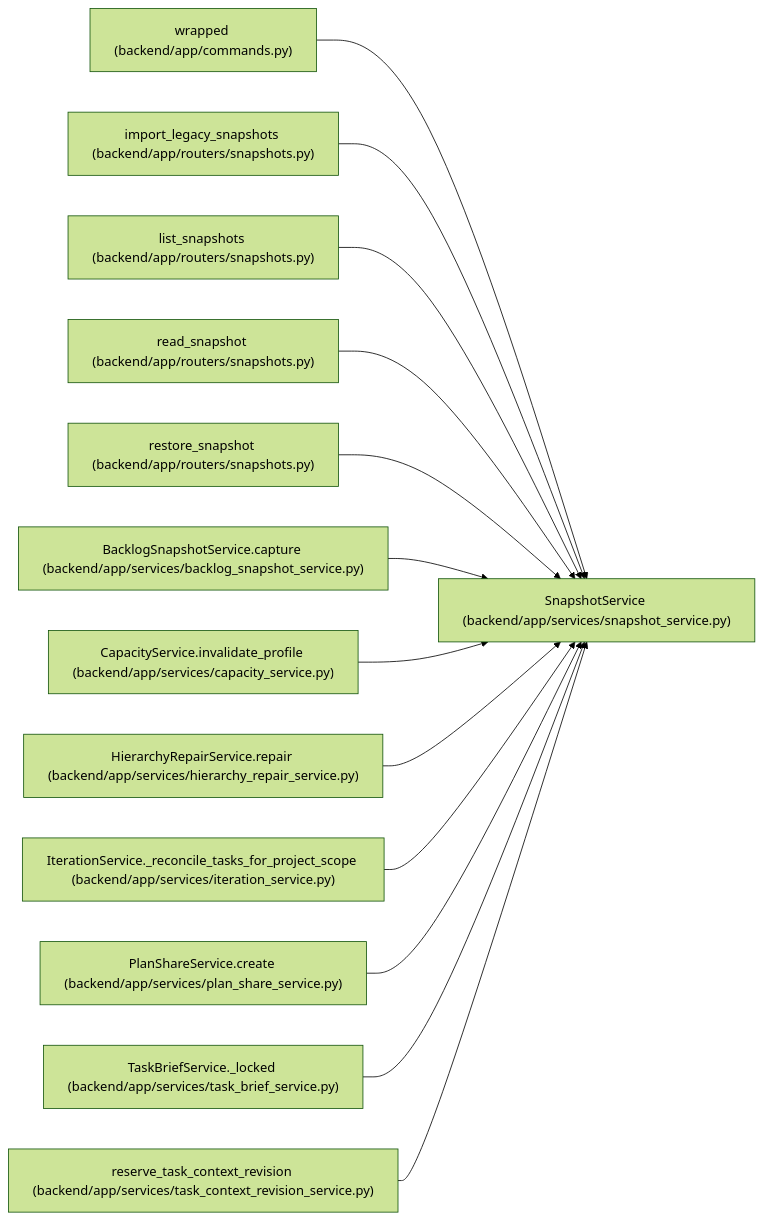
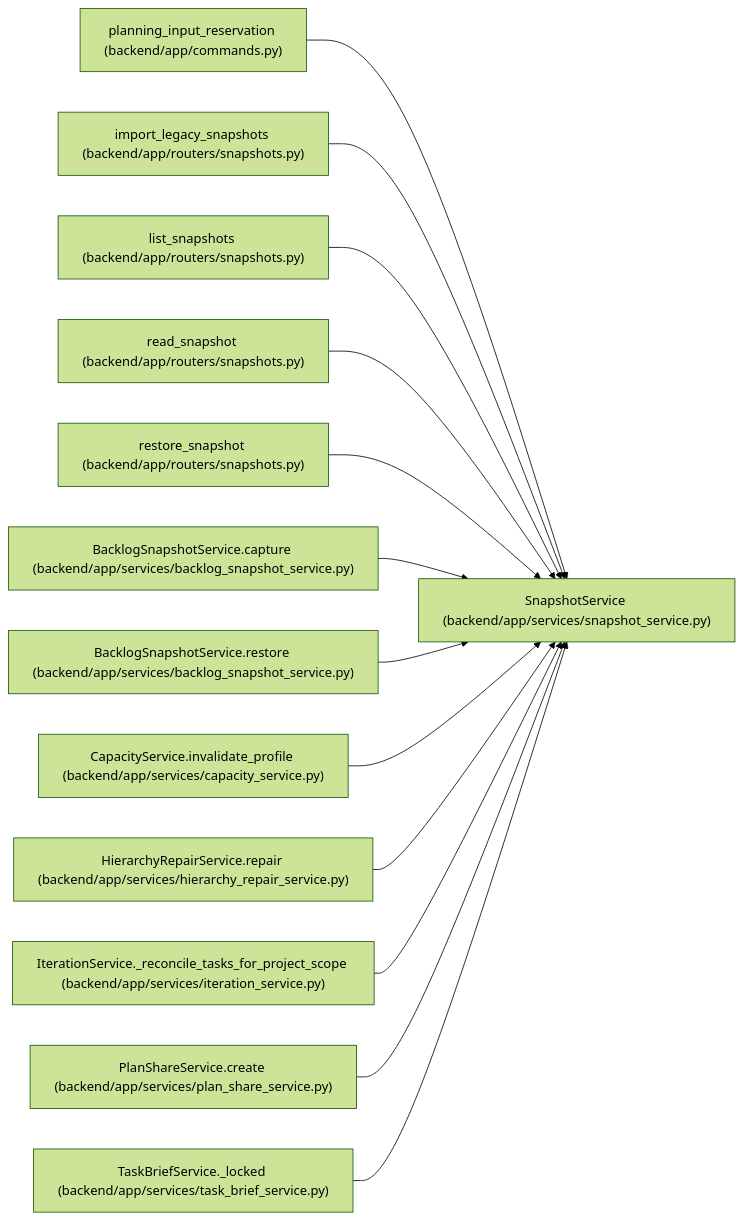
Before and after one commit to Denissvgn/WorkChord: the diagram in docs/llm_wiki/entities/SnapshotService.md, drawn with Mermaid (forest theme). The commit also changed other lines of this file and 10148 other files, not shown here.

````diff
--- a/docs/llm_wiki/entities/SnapshotService.md
+++ b/docs/llm_wiki/entities/SnapshotService.md
@@ -44,41 +48,41 @@
 ```mermaid
 flowchart LR
     n0["SnapshotService (backend/app/services/snapshot_service.py)"]
-    n1["wrapped (backend/app/commands.py)"]
+    n1["planning_input_reservation (backend/app/commands.py)"]
     n2["import_legacy_snapshots (backend/app/routers/snapshots.py)"]
     n3["list_snapshots (backend/app/routers/snapshots.py)"]
     n4["read_snapshot (backend/app/routers/snapshots.py)"]
     n5["restore_snapshot (backend/app/routers/snapshots.py)"]
     n6["BacklogSnapshotService.capture (backend/app/services/backlog_snapshot_service.py)"]
-    n7["CapacityService.invalidate_profile (backend/app/services/capacity_service.py)"]
-    n8["HierarchyRepairService.repair (backend/app/services/hierarchy_repair_service.py)"]
-    n9["IterationService._reconcile_tasks_for_project_scope (backend/app/services/iteration_service.py)"]
-    n10["PlanShareService.create (backend/app/services/plan_share_service.py)"]
-    n11["TaskBriefService._locked (backend/app/services/task_brief_service.py)"]
-    n12["reserve_task_context_revision (backend/app/services/task_context_revision_service.py)"]
+    n7["BacklogSnapshotService.restore (backend/app/services/backlog_snapshot_service.py)"]
+    n8["CapacityService.invalidate_profile (backend/app/services/capacity_service.py)"]
+    n9["HierarchyRepairService.repair (backend/app/services/hierarchy_repair_service.py)"]
+    n10["IterationService._reconcile_tasks_for_project_scope (backend/app/services/iteration_service.py)"]
+    n11["PlanShareService.create (backend/app/services/plan_share_service.py)"]
+    n12["TaskBriefService._locked (backend/app/services/task_brief_service.py)"]
     n1 --> n0
     n2 --> n0
     n3 --> n0
     n4 --> n0
     n5 --> n0
     n6 --> n0
     n7 --> n0
     n8 --> n0
     n9 --> n0
     n10 --> n0
     n11 --> n0
     n12 --> n0
     click n0 "../modules/snapshot_service.md"
     click n1 "../modules/commands.md"
     click n2 "../modules/snapshots.md"
     click n3 "../modules/snapshots.md"
     click n4 "../modules/snapshots.md"
     click n5 "../modules/snapshots.md"
     click n6 "../modules/backlog_snapshot_service.md"
-    click n7 "../modules/capacity_service.md"
-    click n8 "../modules/hierarchy_repair_service.md"
-    click n9 "../modules/iteration_service.md"
-    click n10 "../modules/plan_share_service.md"
-    click n11 "../modules/task_brief_service.md"
-    click n12 "../modules/task_context_revision_service.md"
+    click n7 "../modules/backlog_snapshot_service.md"
+    click n8 "../modules/capacity_service.md"
+    click n9 "../modules/hierarchy_repair_service.md"
+    click n10 "../modules/iteration_service.md"
+    click n11 "../modules/plan_share_service.md"
+    click n12 "../modules/task_brief_service.md"
 ```
````
